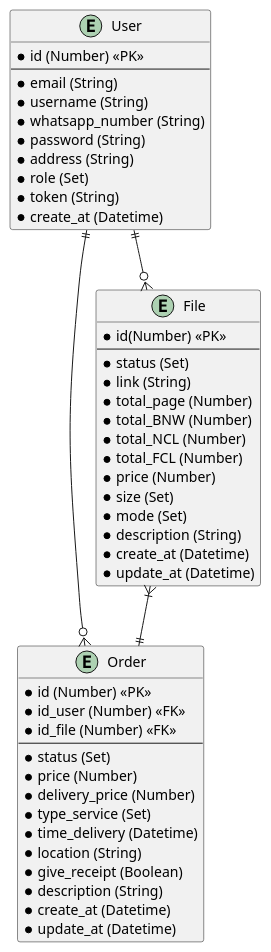
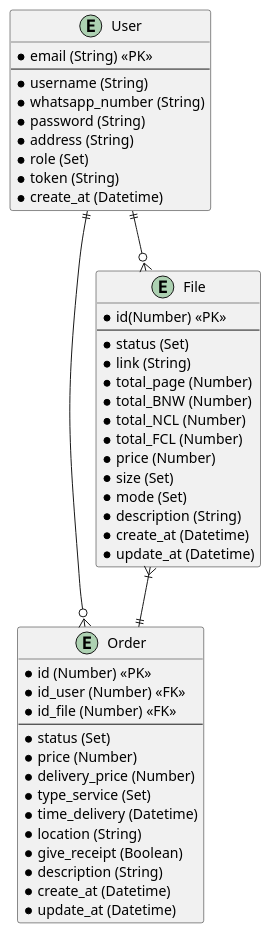
The diagram in documents/diagram_V1.puml (Greatreyhan/hiprinting_backend), drawn with PlantUML before and after one commit. The commit also changed 6 other files, not shown here.

Commit message:
create schema and migrate dev

```diff
--- a/documents/diagram_V1.puml
+++ b/documents/diagram_V1.puml
@@ -1,54 +1,53 @@
 @startuml title Hiprint
 
-entity User{
-    * id (Number) <<PK>>
+entity User{ 
+    * email (String) <<PK>>
     --
-    * email (String)
     * username (String)
     * whatsapp_number (String)
     * password (String)
     * address (String)
     * role (Set)
     * token (String)
     * create_at (Datetime)
 }
 
 entity Order{
     * id (Number) <<PK>>
     * id_user (Number) <<FK>>
     * id_file (Number) <<FK>>
     --
     * status (Set)
     * price (Number)
     * delivery_price (Number)
     * type_service (Set)
     * time_delivery (Datetime)
     * location (String)
     * give_receipt (Boolean)
     * description (String)
     * create_at (Datetime)
     * update_at (Datetime)
 }
 
 entity File{
     * id(Number) <<PK>>
     --
     * status (Set)
     * link (String)
     * total_page (Number)
     * total_BNW (Number)
     * total_NCL (Number)
     * total_FCL (Number)
     * price (Number)
     * size (Set)
     * mode (Set)
     * description (String)
     * create_at (Datetime)
     * update_at (Datetime)
 }
 
 User ||--o{ Order
 User ||--o{ File
 File }|--|| Order
 
 @enduml
```
